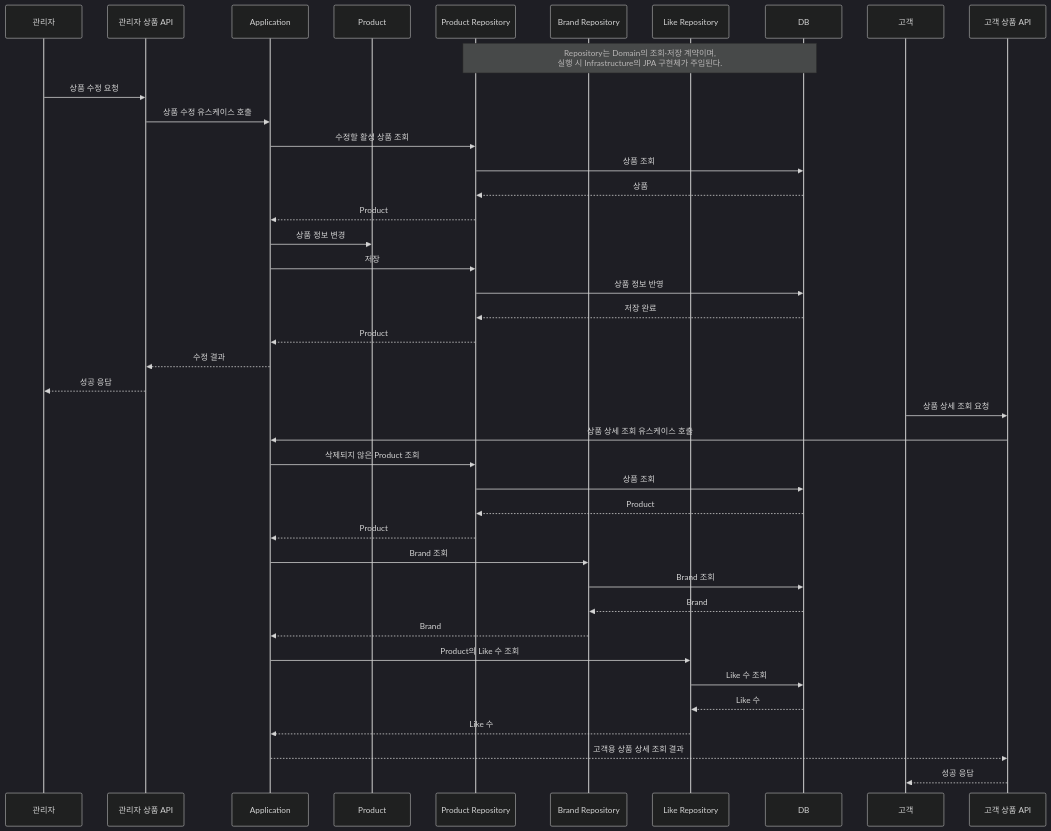
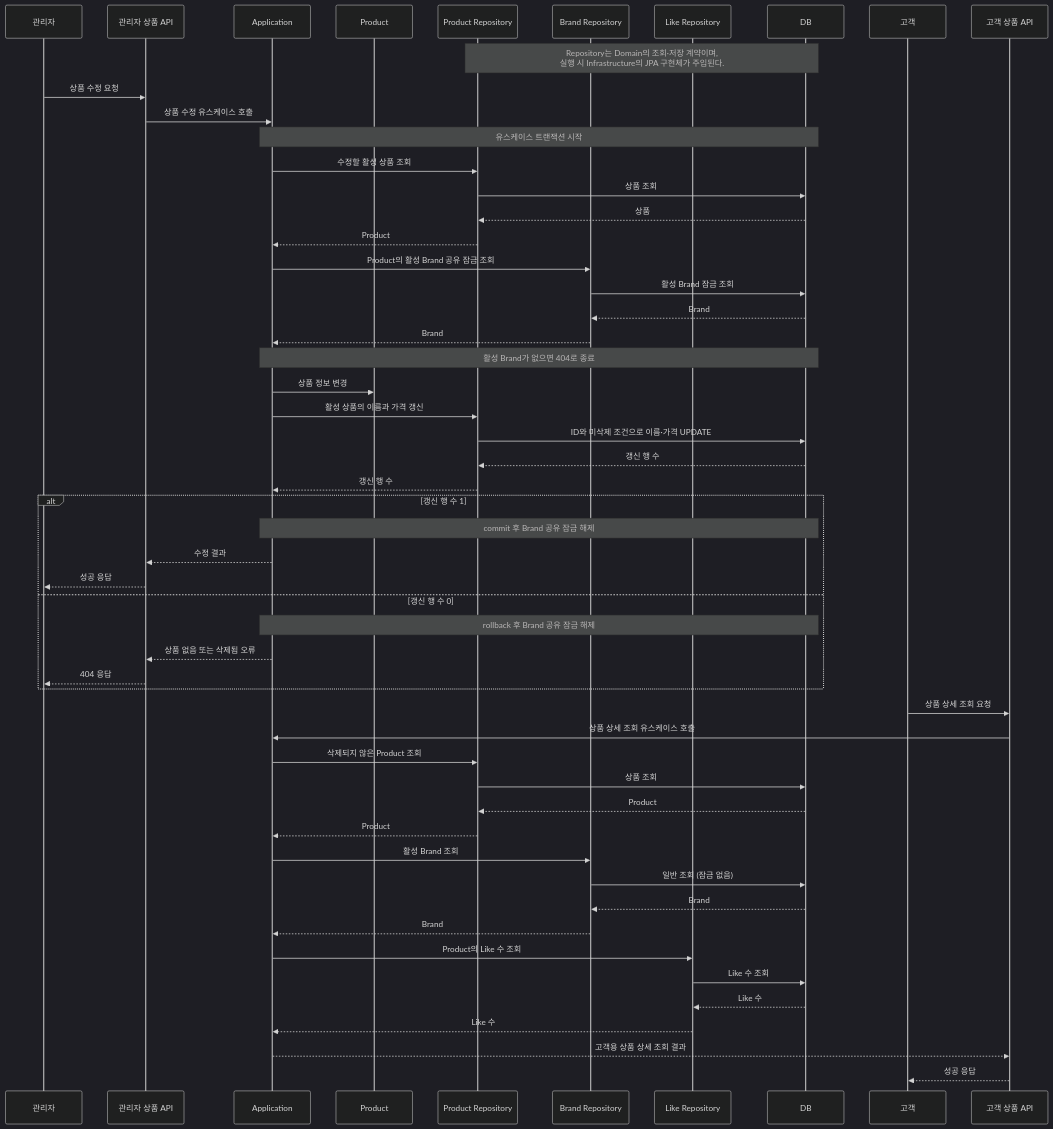
The fifth of 5 diagrams in docs/week2/commerce-api-design.md (loopers-labs/loop-pack-be-l2-vol5-java), drawn with Mermaid (dark theme) before and after one commit. The commit also changed other lines of this file and 2 other files, not shown here.

Commit message:
docs: 브랜드 삭제와 주문 확정 트랜잭션 설계 보완

````diff
--- a/docs/week2/commerce-api-design.md
+++ b/docs/week2/commerce-api-design.md
@@ -324,47 +322,61 @@
 ```mermaid
 sequenceDiagram
     participant A as 관리자
     participant AAC as 관리자 상품 API
     participant APP as Application
     participant P as Product
     participant PR as Product Repository
     participant BR as Brand Repository
     participant LR as Like Repository
     participant DB as DB
     participant C as 고객
     participant CAC as 고객 상품 API
 
     Note over PR,DB: Repository는 Domain의 조회·저장 계약이며,<br/>실행 시 Infrastructure의 JPA 구현체가 주입된다.
 
     A->>AAC: 상품 수정 요청
     AAC->>APP: 상품 수정 유스케이스 호출
+    Note over APP,DB: 유스케이스 트랜잭션 시작
     APP->>PR: 수정할 활성 상품 조회
     PR->>DB: 상품 조회
     DB-->>PR: 상품
     PR-->>APP: Product
 
+    APP->>BR: Product의 활성 Brand 공유 잠금 조회
+    BR->>DB: 활성 Brand 잠금 조회
+    DB-->>BR: Brand
+    BR-->>APP: Brand
+    Note over APP,DB: 활성 Brand가 없으면 404로 종료
+
     APP->>P: 상품 정보 변경
-    APP->>PR: 저장
-    PR->>DB: 상품 정보 반영
-    DB-->>PR: 저장 완료
-    PR-->>APP: Product
-    APP-->>AAC: 수정 결과
-    AAC-->>A: 성공 응답
+    APP->>PR: 활성 상품의 이름과 가격 갱신
+    PR->>DB: ID와 미삭제 조건으로 이름·가격 UPDATE
+    DB-->>PR: 갱신 행 수
+    PR-->>APP: 갱신 행 수
+    alt 갱신 행 수 1
+        Note over APP,DB: commit 후 Brand 공유 잠금 해제
+        APP-->>AAC: 수정 결과
+        AAC-->>A: 성공 응답
+    else 갱신 행 수 0
+        Note over APP,DB: rollback 후 Brand 공유 잠금 해제
+        APP-->>AAC: 상품 없음 또는 삭제됨 오류
+        AAC-->>A: 404 응답
+    end
 
     C->>CAC: 상품 상세 조회 요청
     CAC->>APP: 상품 상세 조회 유스케이스 호출
     APP->>PR: 삭제되지 않은 Product 조회
     PR->>DB: 상품 조회
     DB-->>PR: Product
     PR-->>APP: Product
-    APP->>BR: Brand 조회
-    BR->>DB: Brand 조회
+    APP->>BR: 활성 Brand 조회
+    BR->>DB: 일반 조회 (잠금 없음)
     DB-->>BR: Brand
     BR-->>APP: Brand
     APP->>LR: Product의 Like 수 조회
     LR->>DB: Like 수 조회
     DB-->>LR: Like 수
     LR-->>APP: Like 수
     APP-->>CAC: 고객용 상품 상세 조회 결과
     CAC-->>C: 성공 응답
 ```
````
